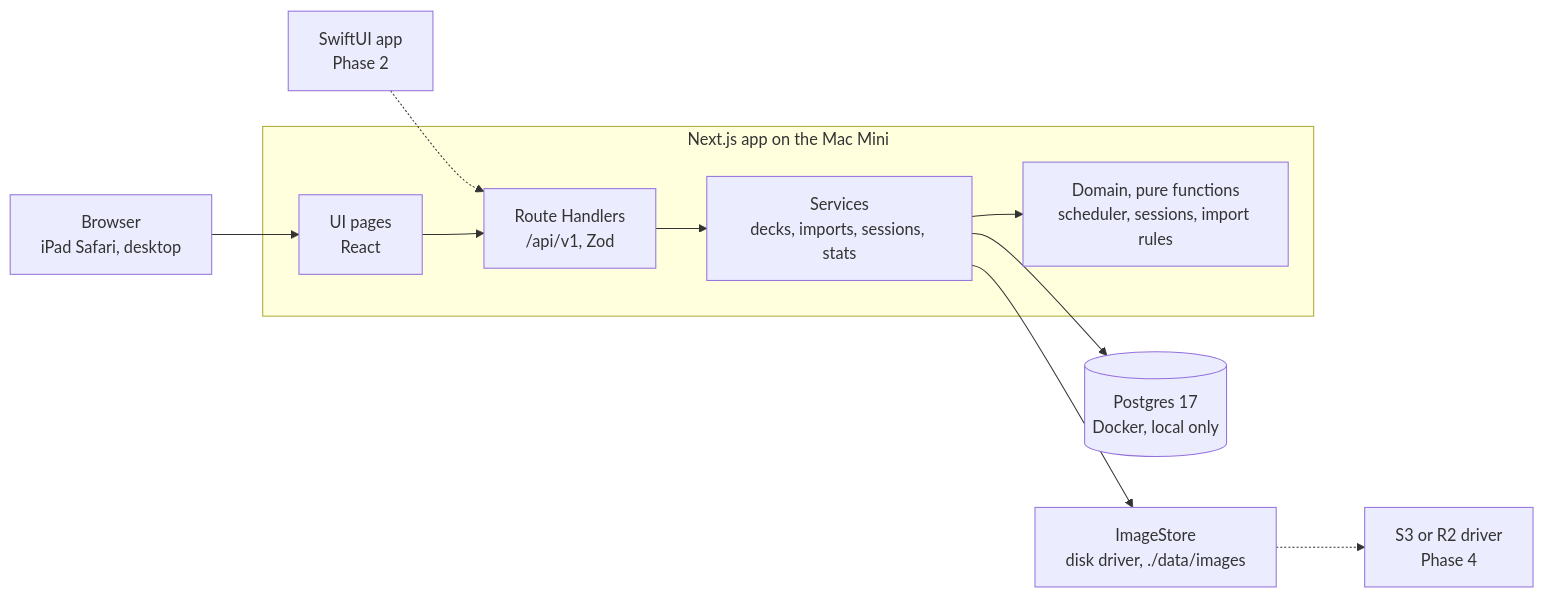
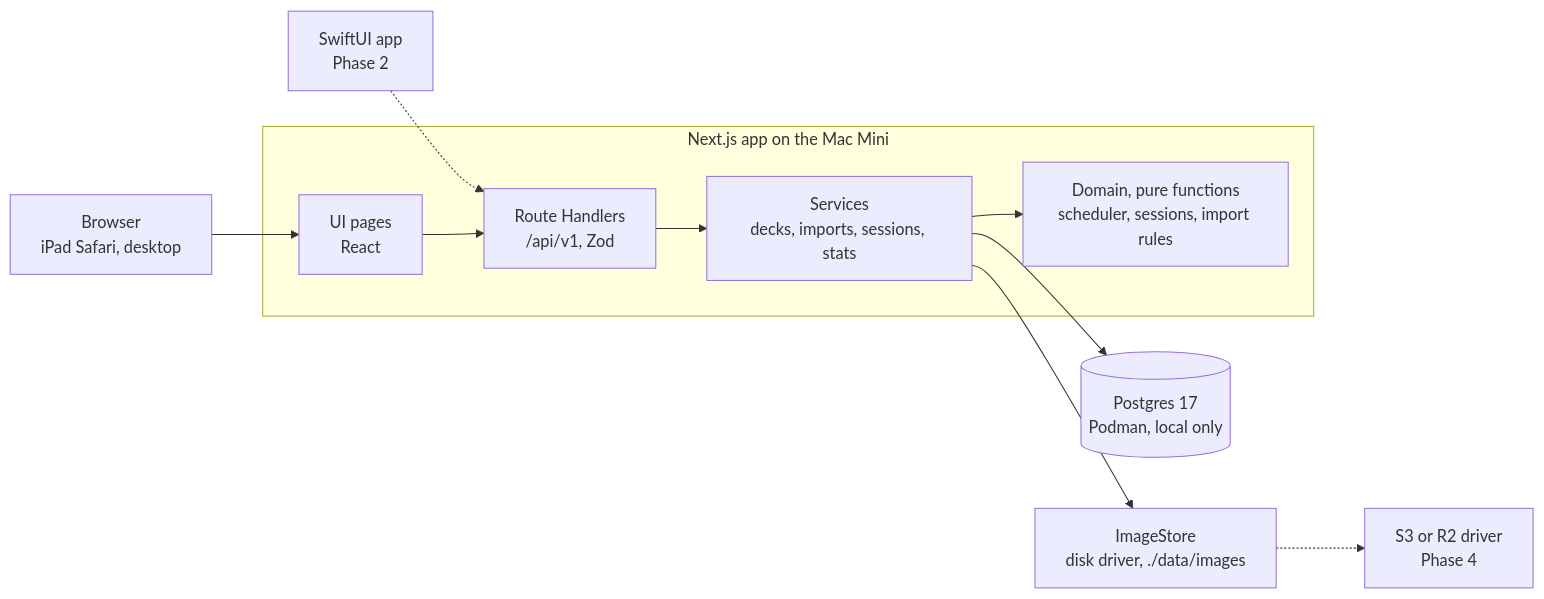
Before and after one commit to davinaizer/flipside: the second of 3 diagrams in docs/PRD.md, drawn with Mermaid. The commit also changed other lines of this file and 6 other files, not shown here.

First line of the commit message:
Fill feature backlog and switch Postgres to Podman

````diff
--- a/docs/PRD.md
+++ b/docs/PRD.md
@@ -485,13 +485,13 @@
 ```mermaid
 flowchart LR
   B["Browser<br/>iPad Safari, desktop"] --> UI
   S["SwiftUI app<br/>Phase 2"] -.-> API
   subgraph APP["Next.js app on the Mac Mini"]
     UI["UI pages<br/>React"] --> API["Route Handlers<br/>/api/v1, Zod"]
     API --> SVC["Services<br/>decks, imports, sessions, stats"]
     SVC --> DOM["Domain, pure functions<br/>scheduler, sessions, import rules"]
   end
-  SVC --> PG[("Postgres 17<br/>Docker, local only")]
+  SVC --> PG[("Postgres 17<br/>Podman, local only")]
   SVC --> IMG["ImageStore<br/>disk driver, ./data/images"]
   IMG -.-> S3["S3 or R2 driver<br/>Phase 4"]
 ```
````
